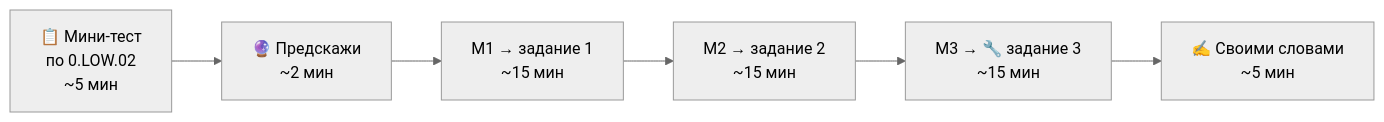
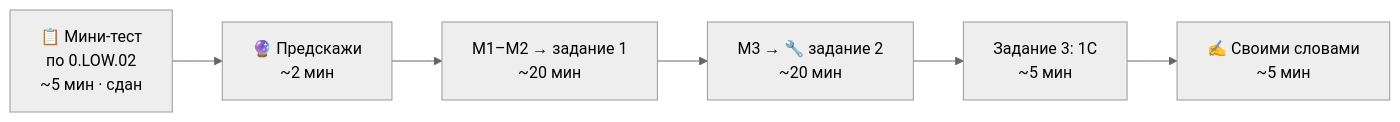
The first of 2 diagrams in Фаза 0/Недели/Неделя 03 (02.11–08.11)/Интерес — 0.SQL.02.md (COMPACTBLUEFAN/turoring), drawn with Mermaid (neutral theme) before and after one commit. The commit also changed other lines of this file and 34 other files, not shown here.

````diff
--- a/Фаза 0/Недели/Неделя 03 (02.11–08.11)/Интерес — 0.SQL.02.md
+++ b/Фаза 0/Недели/Неделя 03 (02.11–08.11)/Интерес — 0.SQL.02.md
@@ -9,4 +8,4 @@
 ```mermaid
 flowchart LR
-    T["📋 Мини-тест<br/>по 0.LOW.02<br/>~5 мин"] --> P["🔮 Предскажи<br/>~2 мин"] --> A["М1 → задание 1<br/>~15 мин"] --> B["М2 → задание 2<br/>~15 мин"] --> C["М3 → 🔧 задание 3<br/>~15 мин"] --> D["✍️ Своими словами<br/>~5 мин"]
+    T["📋 Мини-тест<br/>по 0.LOW.02<br/>~5 мин · сдан"] --> P["🔮 Предскажи<br/>~2 мин"] --> A["М1–М2 → задание 1<br/>~20 мин"] --> B["М3 → 🔧 задание 2<br/>~20 мин"] --> C["Задание 3: 1С<br/>~5 мин"] --> D["✍️ Своими словами<br/>~5 мин"]
 ```
````
